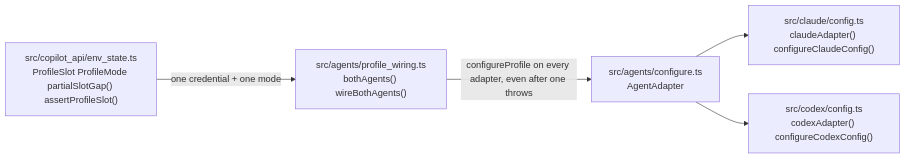
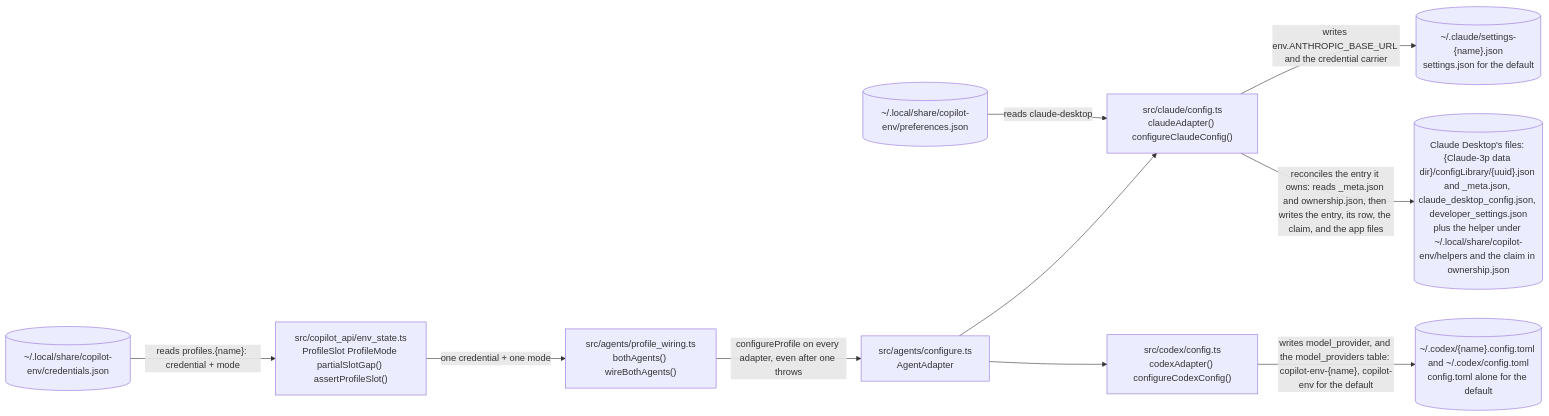
The third of 8 diagrams in docs/architecture.md (Vivswan/copilot-env), drawn with Mermaid before and after one commit. The commit also changed other lines of this file and 7 other files, not shown here.

Commit message:
docs: start every architecture diagram at what it reads and end at what it writes; group the site sidebar (#271)

````diff
--- a/docs/architecture.md
+++ b/docs/architecture.md
@@ -58,12 +99,22 @@
 ```mermaid
 flowchart LR
+  credfile[("~/.local/share/copilot-env/credentials.json")]
+  prefs[("~/.local/share/copilot-env/preferences.json")]
   slot["src/copilot_api/env_state.ts<br>ProfileSlot ProfileMode partialSlotGap() assertProfileSlot()"]
   wire["src/agents/profile_wiring.ts<br>bothAgents() wireBothAgents()"]
   adapter["src/agents/configure.ts<br>AgentAdapter"]
   claude["src/claude/config.ts<br>claudeAdapter() configureClaudeConfig()"]
   codex["src/codex/config.ts<br>codexAdapter() configureCodexConfig()"]
+  claudefile[("~/.claude/settings-{name}.json<br>settings.json for the default")]
+  desktop[("Claude Desktop's files: {Claude-3p data dir}/configLibrary/{uuid}.json and _meta.json, claude_desktop_config.json, developer_settings.json<br>plus the helper under ~/.local/share/copilot-env/helpers and the claim in ownership.json")]
+  codexfile[("~/.codex/{name}.config.toml and ~/.codex/config.toml<br>config.toml alone for the default")]
+  credfile -->|"reads profiles.{name}: credential + mode"| slot
+  prefs -->|"reads claude-desktop"| claude
   slot -->|"one credential + one mode"| wire
   wire -->|"configureProfile on every adapter, even after one throws"| adapter
   adapter --> claude
   adapter --> codex
+  claude -->|"writes env.ANTHROPIC_BASE_URL and the credential carrier"| claudefile
+  claude -->|"reconciles the entry it owns: reads _meta.json and ownership.json, then writes the entry, its row, the claim, and the app files"| desktop
+  codex -->|"writes model_provider, and the model_providers table: copilot-env-{name}, copilot-env for the default"| codexfile
 ```
````
